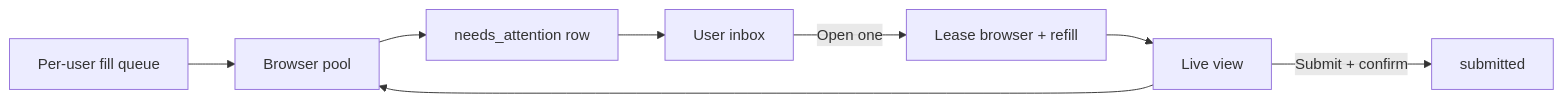
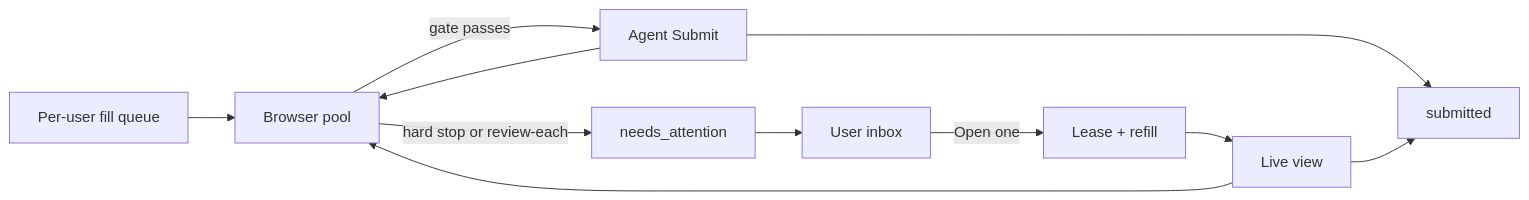
The second of 2 diagrams in docs/cloud-mvp.md (vaibhavarora14/job-application-agent), drawn with Mermaid before and after one commit. The commit also changed other lines of this file and 1 other file, not shown here.

First line of the commit message:
docs: let the agent Submit when the local routine-auto gate passes

````diff
--- a/docs/cloud-mvp.md
+++ b/docs/cloud-mvp.md
@@ -360,10 +377,13 @@
 ```mermaid
 flowchart LR
   Q[Per-user fill queue] --> Pool[Browser pool]
-  Pool --> Ready[needs_attention row]
+  Pool -->|gate passes| Submit[Agent Submit]
+  Submit --> Done[submitted]
+  Pool -->|hard stop or review-each| Ready[needs_attention]
   Ready --> Inbox[User inbox]
-  Inbox -->|Open one| Lease[Lease browser + refill]
+  Inbox -->|Open one| Lease[Lease + refill]
   Lease --> Live[Live view]
-  Live -->|Submit + confirm| Done[submitted]
+  Live --> Done
+  Submit --> Pool
   Live --> Pool
 ```
````
